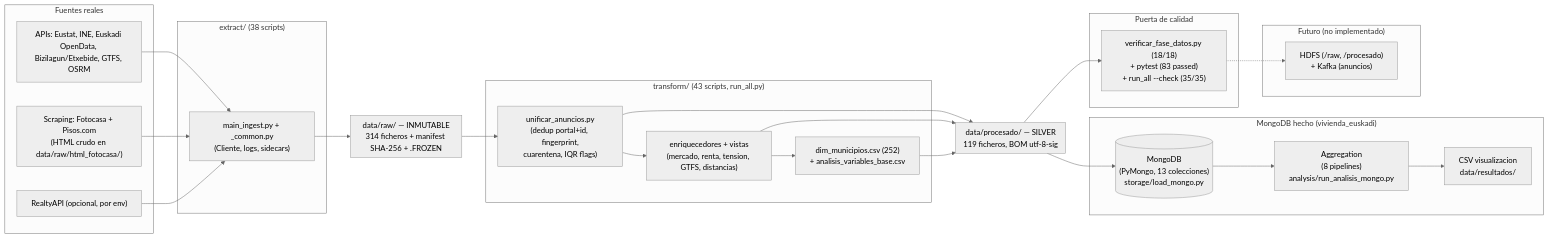
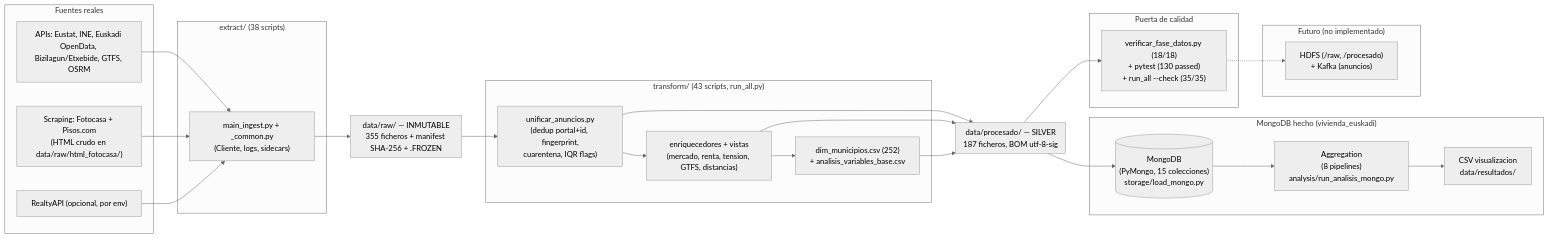
Before and after one commit to mikelrh-dev/bigdata-vivienda-euskadi: the diagram in docs/arquitectura_datos.md, drawn with Mermaid (neutral theme). The commit also changed other lines of this file and 29 other files, not shown here.

````diff
--- a/docs/arquitectura_datos.md
+++ b/docs/arquitectura_datos.md
@@ -6,45 +6,45 @@
 ```mermaid
 flowchart LR
     subgraph Fuentes["Fuentes reales"]
         API["APIs: Eustat, INE, Euskadi OpenData, Bizilagun/Etxebide, GTFS, OSRM"]
         SCR["Scraping: Fotocasa + Pisos.com\n(HTML crudo en data/raw/html_fotocasa/)"]
         OPT["RealtyAPI (opcional, por env)"]
     end
     subgraph Extract["extract/ (38 scripts)"]
         ING["main_ingest.py + _common.py\n(Cliente, logs, sidecars)"]
     end
-    subgraph RAW["data/raw/ — INMUTABLE\n314 ficheros + manifest SHA-256 + .FROZEN"]
+    subgraph RAW["data/raw/ — INMUTABLE\n355 ficheros + manifest SHA-256 + .FROZEN"]
     end
     subgraph Transform["transform/ (43 scripts, run_all.py)"]
         UNI["unificar_anuncios.py\n(dedup portal+id, fingerprint,\ncuarentena, IQR flags)"]
         ENR["enriquecedores + vistas\n(mercado, renta, tension, GTFS, distancias)"]
         DIM["dim_municipios.csv (252)\n+ analisis_variables_base.csv"]
     end
-    subgraph Silver["data/procesado/ — SILVER\n119 ficheros, BOM utf-8-sig"]
+    subgraph Silver["data/procesado/ — SILVER\n187 ficheros, BOM utf-8-sig"]
     end
     subgraph QA["Puerta de calidad"]
-        GATE["verificar_fase_datos.py (18/18)\n+ pytest (83 passed)\n+ run_all --check (35/35)"]
+        GATE["verificar_fase_datos.py (18/18)\n+ pytest (130 passed)\n+ run_all --check (35/35)"]
     end
     subgraph Mongo["MongoDB hecho (vivienda_euskadi)"]
-        MONGO[("MongoDB\n(PyMongo, 13 colecciones)\nstorage/load_mongo.py")]
+        MONGO[("MongoDB\n(PyMongo, 15 colecciones)\nstorage/load_mongo.py")]
         AGG["Aggregation\n(8 pipelines)\nanalysis/run_analisis_mongo.py"]
         CSV["CSV visualizacion\ndata/resultados/"]
     end
     subgraph Futuro["Futuro (no implementado)"]
         HK["HDFS (/raw, /procesado)\n+ Kafka (anuncios)"]
     end
     API --> ING
     SCR --> ING
     OPT --> ING
     ING --> RAW
     RAW --> UNI
     UNI --> ENR
     ENR --> DIM
     UNI --> Silver
     ENR --> Silver
     DIM --> Silver
     Silver --> GATE
     Silver --> MONGO
     MONGO --> AGG --> CSV
     GATE -.-> HK
 ```
````
